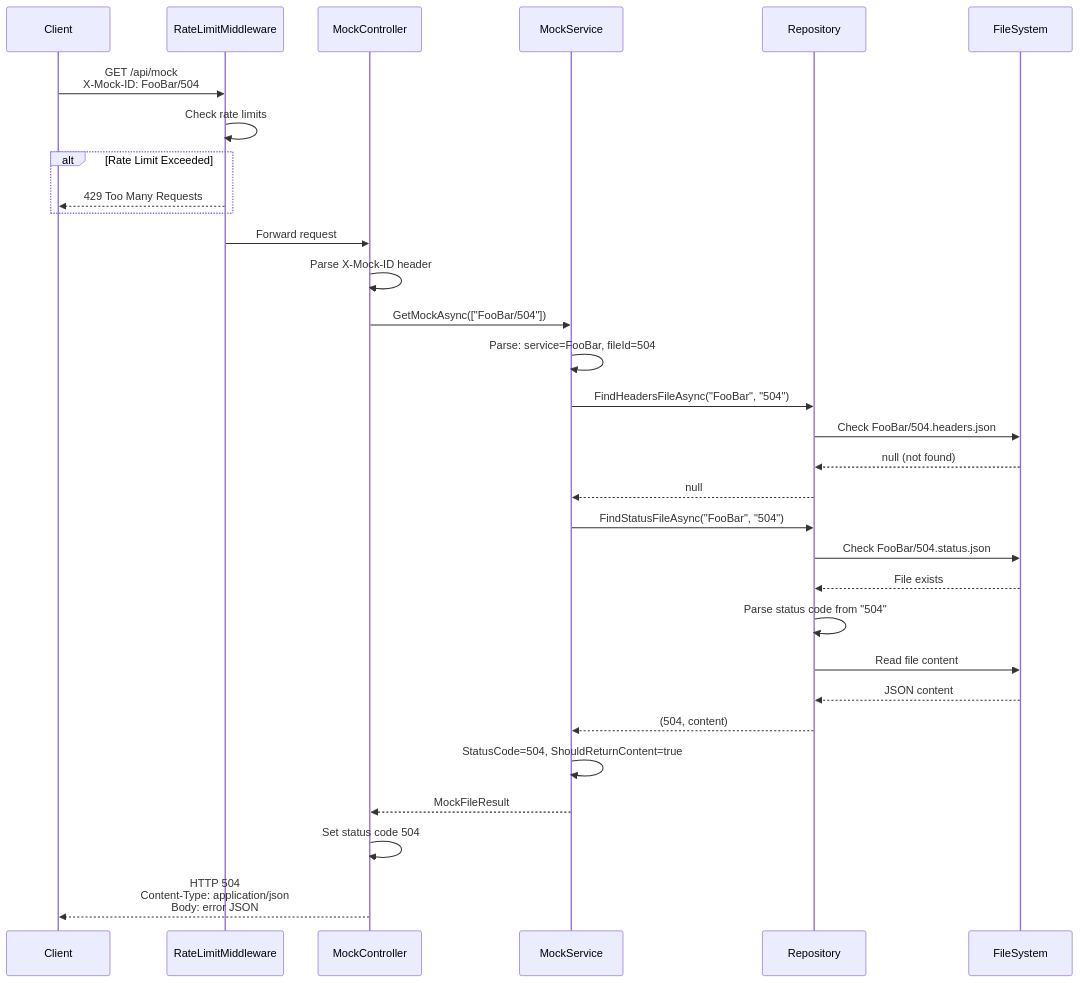
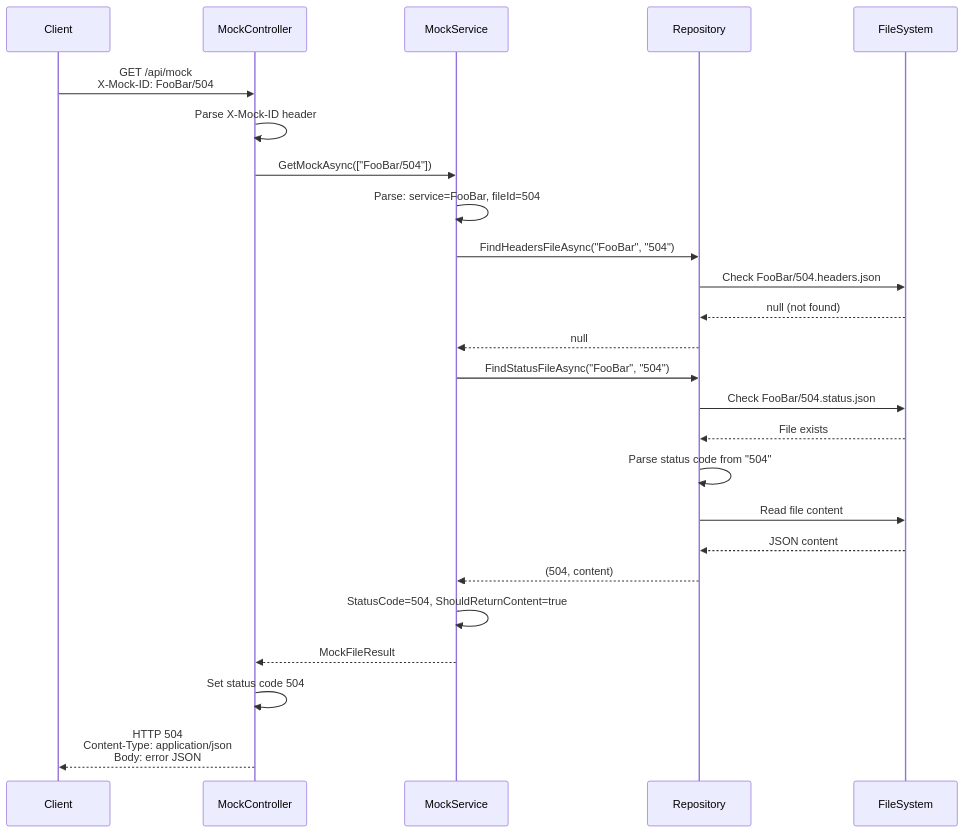
Before and after one commit to busadave13/Mockery: the third of 4 diagrams in .docs/mockery-design.md, drawn with Mermaid. The commit also changed other lines of this file and 5 other files, not shown here.

````diff
--- a/.docs/mockery-design.md
+++ b/.docs/mockery-design.md
@@ -1047,40 +953,32 @@
 ```mermaid
 sequenceDiagram
     participant Client
-    participant RateLimit as RateLimitMiddleware
     participant Controller as MockController
     participant Service as MockService
     participant Repo as Repository
     participant FS as FileSystem
 
-    Client->>RateLimit: GET /api/mock<br/>X-Mock-ID: FooBar/504
-    RateLimit->>RateLimit: Check rate limits
-    
-    alt Rate Limit Exceeded
-        RateLimit-->>Client: 429 Too Many Requests
-    end
-
-    RateLimit->>Controller: Forward request
+    Client->>Controller: GET /api/mock<br/>X-Mock-ID: FooBar/504
     Controller->>Controller: Parse X-Mock-ID header
     Controller->>Service: GetMockAsync(["FooBar/504"])
 
     Service->>Service: Parse: service=FooBar, fileId=504
     Service->>Repo: FindHeadersFileAsync("FooBar", "504")
     Repo->>FS: Check FooBar/504.headers.json
     FS-->>Repo: null (not found)
     Repo-->>Service: null
 
     Service->>Repo: FindStatusFileAsync("FooBar", "504")
     Repo->>FS: Check FooBar/504.status.json
     FS-->>Repo: File exists
     Repo->>Repo: Parse status code from "504"
     Repo->>FS: Read file content
     FS-->>Repo: JSON content
     Repo-->>Service: (504, content)
 
     Service->>Service: StatusCode=504, ShouldReturnContent=true
     Service-->>Controller: MockFileResult
 
     Controller->>Controller: Set status code 504
     Controller-->>Client: HTTP 504<br/>Content-Type: application/json<br/>Body: error JSON
 ```
````
